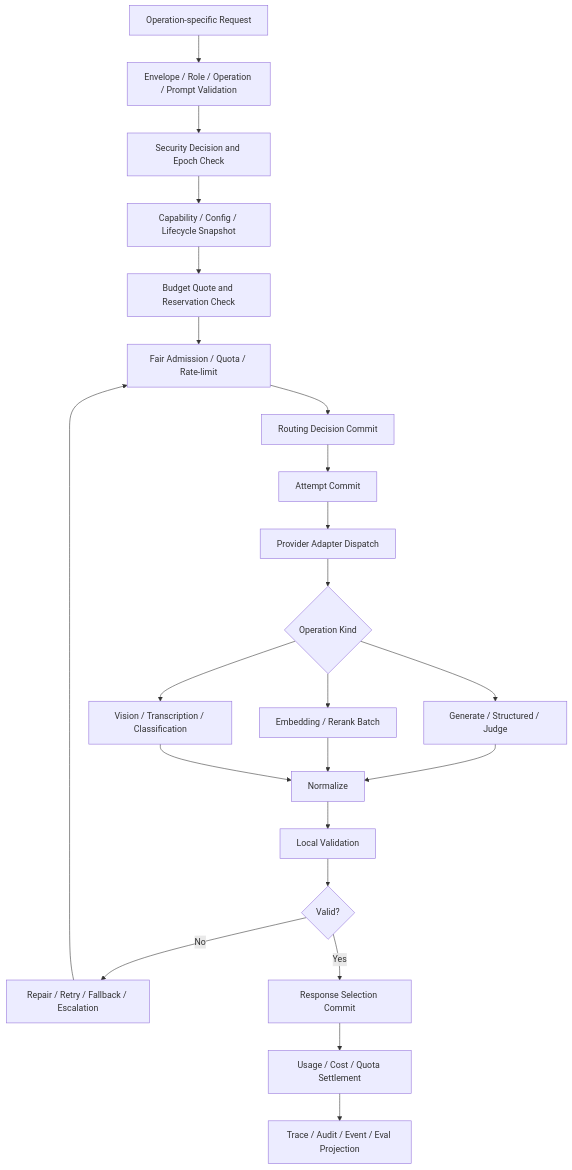
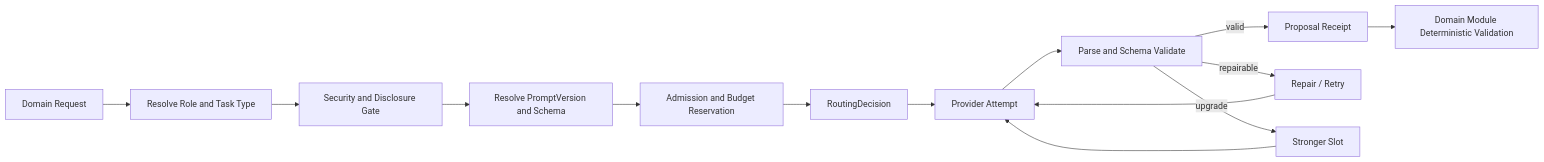
The diagram in docs/modules/04-model-gateway.md (ProfessorZhi/Zuno), drawn with Mermaid before and after one commit. The commit also changed other lines of this file, not shown here.

Commit message:
docs(module04): align model gateway with evidence deliberation [agent=chatgpt model=gpt-5.6-thinking worker=chatgpt-architecture-v2-001]

````diff
--- a/docs/modules/04-model-gateway.md
+++ b/docs/modules/04-model-gateway.md
@@ -740,25 +179,16 @@
 ```mermaid
-flowchart TD
-    A[Operation-specific Request] --> B[Envelope / Role / Operation / Prompt Validation]
-    B --> C[Security Decision and Epoch Check]
-    C --> D[Capability / Config / Lifecycle Snapshot]
-    D --> E[Budget Quote and Reservation Check]
-    E --> F[Fair Admission / Quota / Rate-limit]
-    F --> G[Routing Decision Commit]
-    G --> H[Attempt Commit]
-    H --> I[Provider Adapter Dispatch]
-    I --> J{Operation Kind}
-    J --> K[Generate / Structured / Judge]
-    J --> L[Embedding / Rerank Batch]
-    J --> M[Vision / Transcription / Classification]
-    K --> N[Normalize]
-    L --> N
-    M --> N
-    N --> O[Local Validation]
-    O --> P{Valid?}
-    P -->|No| Q[Repair / Retry / Fallback / Escalation]
-    P -->|Yes| R[Response Selection Commit]
-    Q --> F
-    R --> S[Usage / Cost / Quota Settlement]
-    S --> T[Trace / Audit / Event / Eval Projection]
+flowchart LR
+    A[Domain Request] --> B[Resolve Role and Task Type]
+    B --> C[Security and Disclosure Gate]
+    C --> D[Resolve PromptVersion and Schema]
+    D --> E[Admission and Budget Reservation]
+    E --> F[RoutingDecision]
+    F --> G[Provider Attempt]
+    G --> H[Parse and Schema Validate]
+    H -->|valid| I[Proposal Receipt]
+    H -->|repairable| J[Repair / Retry]
+    H -->|upgrade| K[Stronger Slot]
+    J --> G
+    K --> G
+    I --> L[Domain Module Deterministic Validation]
 ```
````
